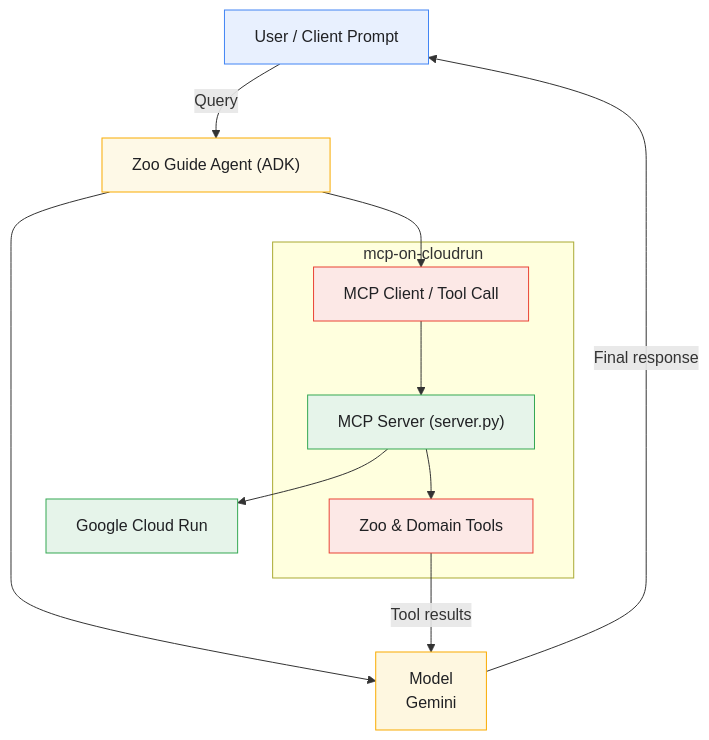
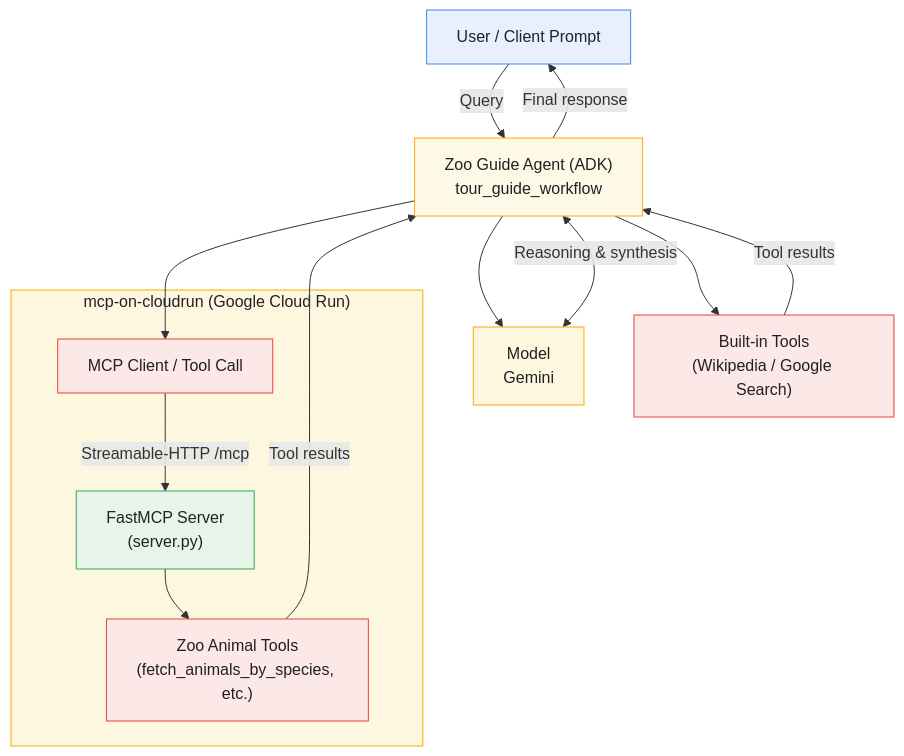
One commit to sahil-me/zoo-guide-agent changed the diagram in README.md. Above: the diagram before and after it, drawn with Mermaid. The commit also changed other lines of this file, not shown here.

Commit message:
Enhance README with updated architecture details
Updated architecture diagram and descriptions in README to clarify components and workflows.

````diff
--- a/README.md
+++ b/README.md
@@ -51,28 +51,30 @@
 ```mermaid
 flowchart TD
-    U["User / Client Prompt"] -->|" Query "| A["Zoo Guide Agent (ADK)"]
+    U["User / Client Prompt"] -->|" Query "| A["Zoo Guide Agent (ADK)<br/>tour_guide_workflow"]
 
-    A --> G["Model<br>Gemini"]
+    A --> G["Model<br/>Gemini"]
     A --> M["MCP Client / Tool Call"]
+    A --> BT["Built-in Tools<br/>(Wikipedia / Google Search)"]
 
-    subgraph MCPSvc ["mcp-on-cloudrun"]
-        M --> S["MCP Server (server.py)"]
-        S --> T["Zoo & Domain Tools"]
+    subgraph MCPSvc ["mcp-on-cloudrun (Google Cloud Run)"]
+        M -->|" Streamable-HTTP /mcp "| S["FastMCP Server<br/>(server.py)"]
+        S --> T["Zoo Animal Tools<br/>(fetch_animals_by_species, etc.)"]
     end
 
-    S --> CR["Google Cloud Run"]
-    T -->|" Tool results "| G
-    G -->|" Final response "| U
+    BT -->|" Tool results "| A
+    T -->|" Tool results "| A
+    G <-->|" Reasoning & synthesis "| A
+    A -->|" Final response "| U
 
     classDef user fill:#e8f0fe,stroke:#4285f4,color:#202124
     classDef app fill:#e6f4ea,stroke:#34a853,color:#202124
     classDef gcp fill:#fef7e0,stroke:#f9ab00,color:#202124
     classDef tool fill:#fce8e6,stroke:#ea4335,color:#202124
     classDef agent fill:#fef9e7,stroke:#f9ab00,color:#202124
 
     class U user
     class S,CR app
-    class G gcp
+    class G,MCPSvc gcp
     class A agent
-    class M,T tool
+    class M,T,BT tool
 ```
````
